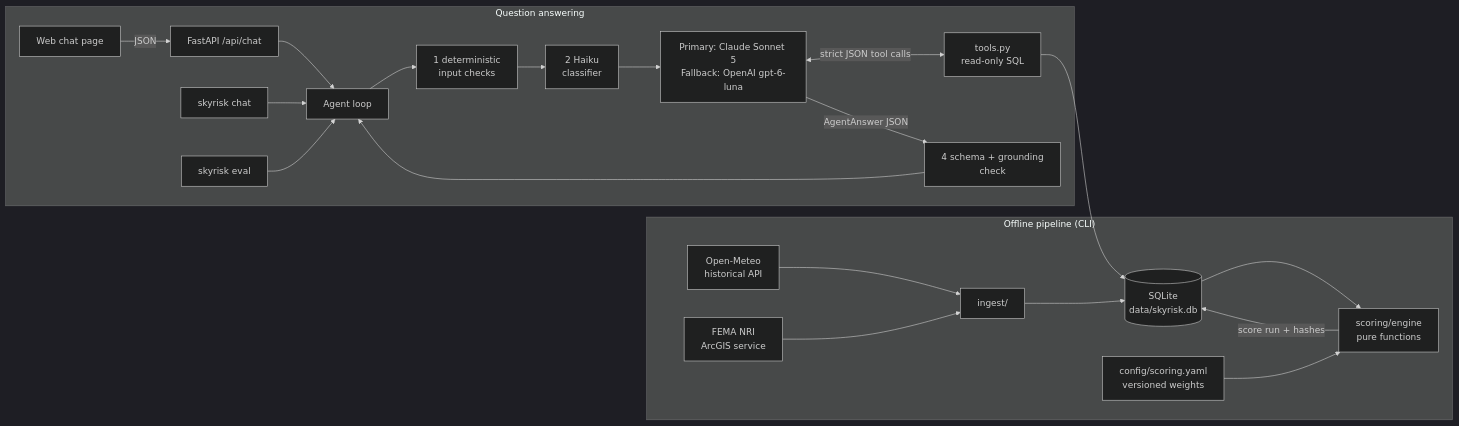
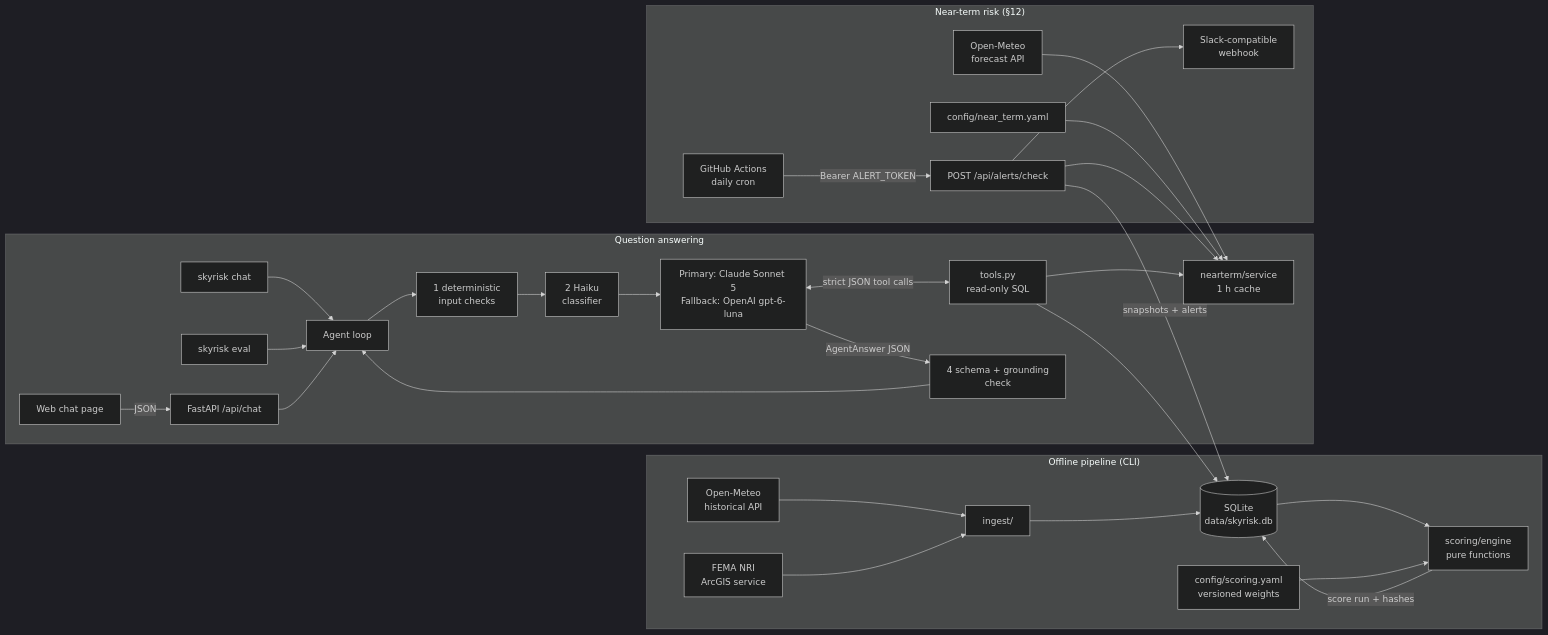
The first of 3 diagrams in docs/DESIGN.md (NoyKlar/SkyRisk), drawn with Mermaid (dark theme) before and after one commit. The commit also changed other lines of this file and 3 other files, not shown here.

First line of the commit message:
docs: near-term methodology, alert flow, 2016-2025 window with 2026 excluded

````diff
--- a/docs/DESIGN.md
+++ b/docs/DESIGN.md
@@ -13,25 +17,35 @@
 ```mermaid
 flowchart LR
     subgraph Offline["Offline pipeline (CLI)"]
         OM[Open-Meteo<br/>historical API] --> ING[ingest/]
         NRI[FEMA NRI<br/>ArcGIS service] --> ING
         ING --> DB[(SQLite<br/>data/skyrisk.db)]
         DB --> ENG[scoring/engine<br/>pure functions]
         CFG[config/scoring.yaml<br/>versioned weights] --> ENG
         ENG -->|score run + hashes| DB
     end
 
     subgraph Online["Question answering"]
         UI[Web chat page] -->|JSON| API[FastAPI /api/chat]
         CLI[skyrisk chat] --> AG
         EV[skyrisk eval] --> AG
         API --> AG[Agent loop]
         AG --> G1[1 deterministic<br/>input checks]
         G1 --> G2[2 Haiku<br/>classifier]
         G2 --> LLM[Primary: Claude Sonnet 5<br/>Fallback: OpenAI gpt-6-luna]
         LLM <-->|strict JSON tool calls| TOOLS[tools.py<br/>read-only SQL]
         TOOLS --> DB
         LLM -->|AgentAnswer JSON| G4[4 schema + grounding<br/>check]
         G4 --> AG
+        TOOLS --> NTS
+    end
+
+    subgraph NearTerm["Near-term risk (§12)"]
+        GHA[GitHub Actions<br/>daily cron] -->|Bearer ALERT_TOKEN| CHK[POST /api/alerts/check]
+        OMF[Open-Meteo<br/>forecast API] --> NTS[nearterm/service<br/>1 h cache]
+        NTC[config/near_term.yaml] --> NTS
+        CHK --> NTS
+        CHK -->|snapshots + alerts| DB
+        CHK --> WH[Slack-compatible<br/>webhook]
     end
 ```
````
